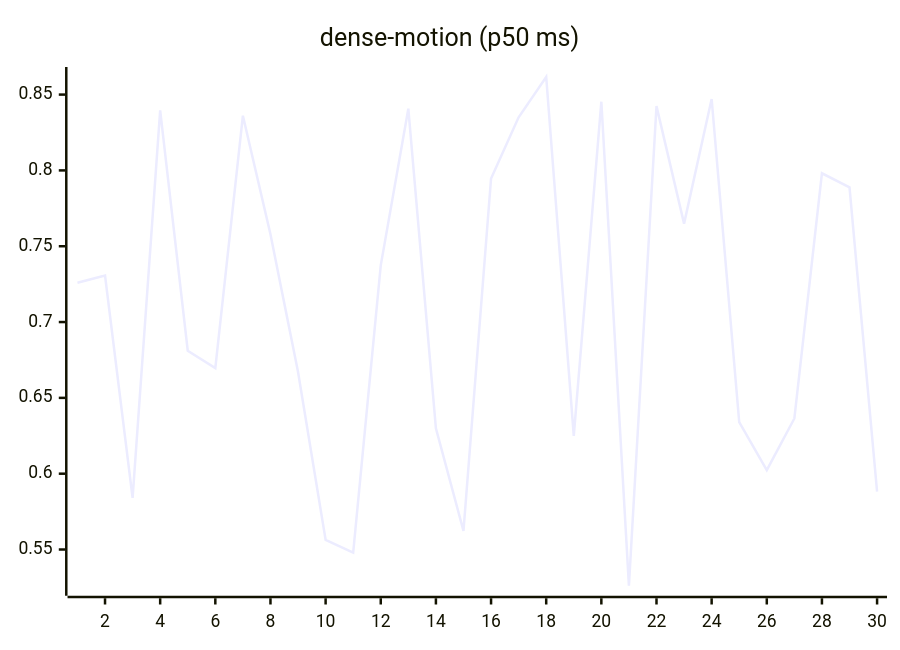
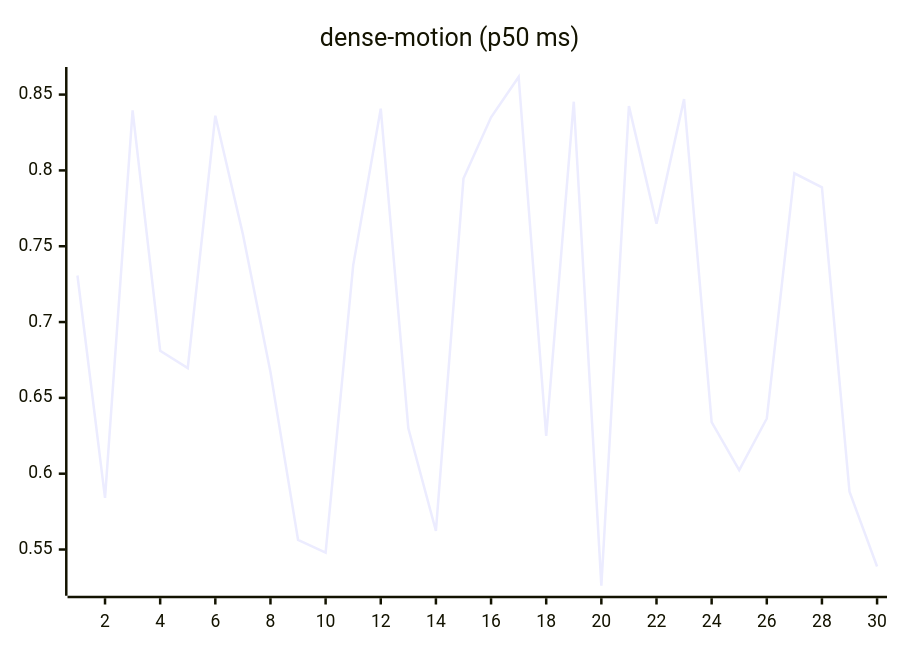
The ninth of 27 diagrams in README.md (josha/Facet), drawn with Mermaid before and after one commit. The commit also changed other lines of this file and 2 other files, not shown here.

````diff
--- a/README.md
+++ b/README.md
@@ -119,6 +119,6 @@
 ```mermaid
 xychart-beta
     title "dense-motion (p50 ms)"
     x-axis 1 --> 30
-    line [0.7259, 0.7307, 0.5841, 0.8396, 0.6811, 0.6696, 0.8361, 0.7579, 0.6670, 0.5564, 0.5479, 0.7374, 0.8407, 0.6299, 0.5623, 0.7946, 0.8350, 0.8616, 0.6249, 0.8453, 0.5261, 0.8424, 0.7649, 0.8471, 0.6340, 0.6023, 0.6364, 0.7981, 0.7888, 0.5881]
+    line [0.7307, 0.5841, 0.8396, 0.6811, 0.6696, 0.8361, 0.7579, 0.6670, 0.5564, 0.5479, 0.7374, 0.8407, 0.6299, 0.5623, 0.7946, 0.8350, 0.8616, 0.6249, 0.8453, 0.5261, 0.8424, 0.7649, 0.8471, 0.6340, 0.6023, 0.6364, 0.7981, 0.7888, 0.5881, 0.5388]
 ```
````
